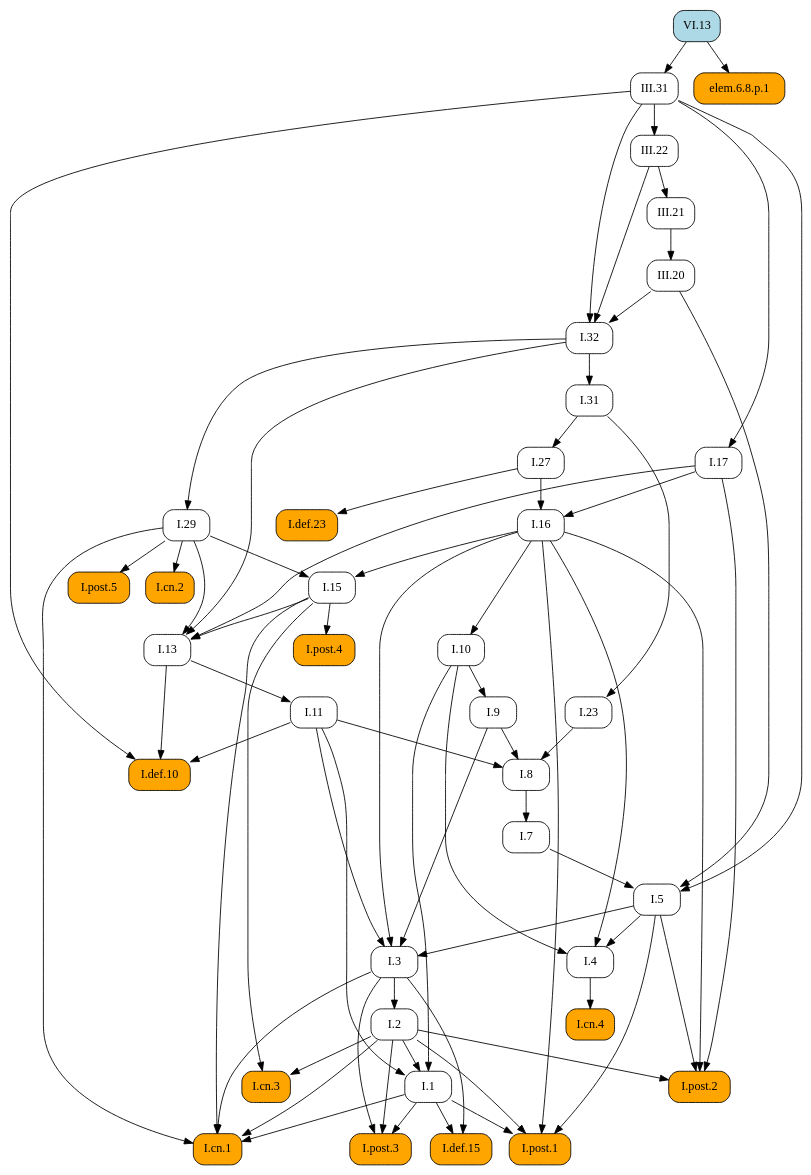
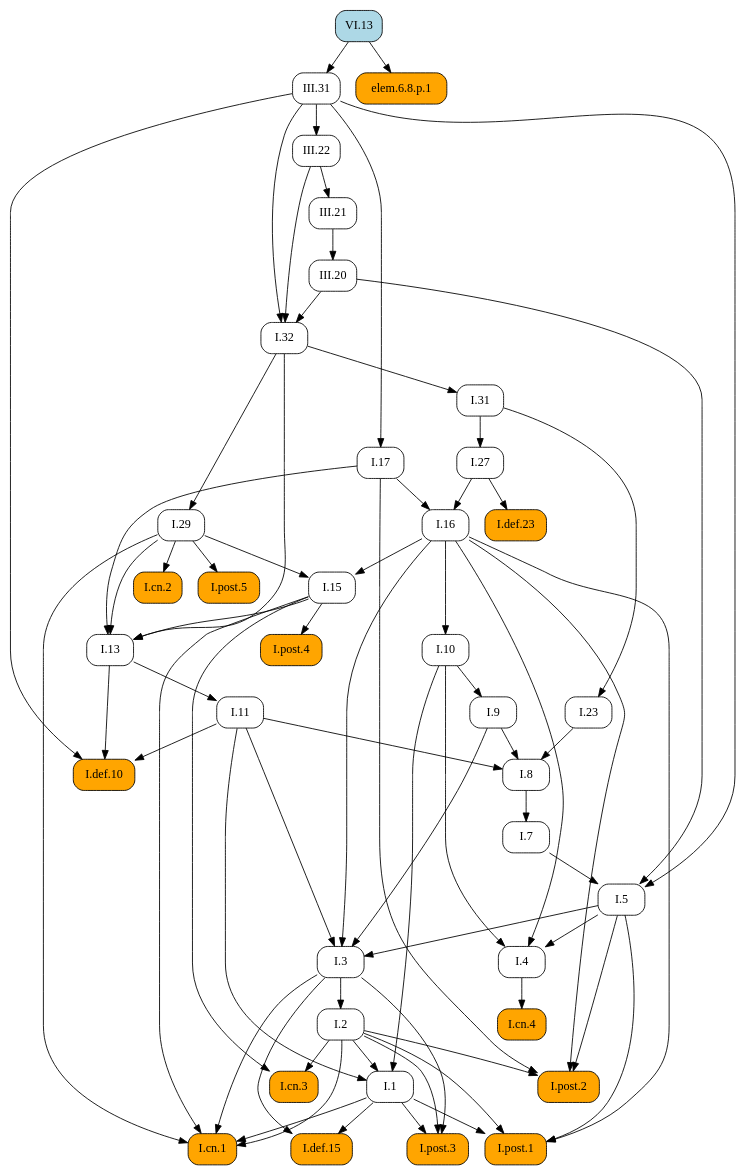
The diagram in docsrc/elements2/VI/13/index.rst (geometor/elements), drawn with Graphviz before and after one commit. The commit also changed other lines of this file and 409 other files, not shown here.

First line of the commit message:
feat: Add image cropping and graphic extraction script

```diff
--- a/docsrc/elements2/VI/13/index.rst
+++ b/docsrc/elements2/VI/13/index.rst
@@ -38,111 +38,111 @@
    digraph {
      rankdir="TB";
      node [shape=box, style=rounded];
+     "I.31" [URL="/elements2/I/31/", target="_top"];
      "I.8" [URL="/elements2/I/8/", target="_top"];
+     "I.5" [URL="/elements2/I/5/", target="_top"];
+     "I.15" [URL="/elements2/I/15/", target="_top"];
+     "I.17" [URL="/elements2/I/17/", target="_top"];
+     "I.cn.1" [style="rounded,filled", fillcolor=orange, URL="/elements2/I/cn.1/", target="_top"];
      "I.32" [URL="/elements2/I/32/", target="_top"];
-     "I.post.1" [style="rounded,filled", fillcolor=orange, URL="/elements2/I/post.1/", target="_top"];
+     "elem.6.8.p.1" [style="rounded,filled", fillcolor=orange];
+     "I.7" [URL="/elements2/I/7/", target="_top"];
+     "I.23" [URL="/elements2/I/23/", target="_top"];
+     "I.16" [URL="/elements2/I/16/", target="_top"];
      "VI.13" [style="rounded,filled", fillcolor=lightblue, URL="/elements2/VI/13/", target="_top"];
-     "I.5" [URL="/elements2/I/5/", target="_top"];
-     "I.post.5" [style="rounded,filled", fillcolor=orange, URL="/elements2/I/post.5/", target="_top"];
-     "I.def.10" [style="rounded,filled", fillcolor=orange, URL="/elements2/I/def.10/", target="_top"];
-     "I.cn.2" [style="rounded,filled", fillcolor=orange, URL="/elements2/I/cn.2/", target="_top"];
-     "III.22" [URL="/elements2/III/22/", target="_top"];
+     "III.20" [URL="/elements2/III/20/", target="_top"];
      "I.def.15" [style="rounded,filled", fillcolor=orange, URL="/elements2/I/def.15/", target="_top"];
      "III.31" [URL="/elements2/III/31/", target="_top"];
-     "I.31" [URL="/elements2/I/31/", target="_top"];
+     "I.def.10" [style="rounded,filled", fillcolor=orange, URL="/elements2/I/def.10/", target="_top"];
      "I.11" [URL="/elements2/I/11/", target="_top"];
-     "I.post.2" [style="rounded,filled", fillcolor=orange, URL="/elements2/I/post.2/", target="_top"];
+     "I.post.4" [style="rounded,filled", fillcolor=orange, URL="/elements2/I/post.4/", target="_top"];
+     "I.def.23" [style="rounded,filled", fillcolor=orange, URL="/elements2/I/def.23/", target="_top"];
+     "I.post.5" [style="rounded,filled", fillcolor=orange, URL="/elements2/I/post.5/", target="_top"];
      "I.3" [URL="/elements2/I/3/", target="_top"];
-     "I.def.23" [style="rounded,filled", fillcolor=orange, URL="/elements2/I/def.23/", target="_top"];
-     "elem.6.8.p.1" [style="rounded,filled", fillcolor=orange];
-     "I.1" [URL="/elements2/I/1/", target="_top"];
-     "I.cn.4" [style="rounded,filled", fillcolor=orange, URL="/elements2/I/cn.4/", target="_top"];
+     "III.22" [URL="/elements2/III/22/", target="_top"];
+     "I.10" [URL="/elements2/I/10/", target="_top"];
+     "III.21" [URL="/elements2/III/21/", target="_top"];
      "I.cn.3" [style="rounded,filled", fillcolor=orange, URL="/elements2/I/cn.3/", target="_top"];
-     "III.21" [URL="/elements2/III/21/", target="_top"];
-     "III.20" [URL="/elements2/III/20/", target="_top"];
-     "I.17" [URL="/elements2/I/17/", target="_top"];
-     "I.7" [URL="/elements2/I/7/", target="_top"];
+     "I.13" [URL="/elements2/I/13/", target="_top"];
+     "I.4" [URL="/elements2/I/4/", target="_top"];
+     "I.post.3" [style="rounded,filled", fillcolor=orange, URL="/elements2/I/post.3/", target="_top"];
      "I.9" [URL="/elements2/I/9/", target="_top"];
-     "I.cn.1" [style="rounded,filled", fillcolor=orange, URL="/elements2/I/cn.1/", target="_top"];
      "I.29" [URL="/elements2/I/29/", target="_top"];
-     "I.16" [URL="/elements2/I/16/", target="_top"];
-     "I.post.4" [style="rounded,filled", fillcolor=orange, URL="/elements2/I/post.4/", target="_top"];
-     "I.13" [URL="/elements2/I/13/", target="_top"];
+     "I.post.1" [style="rounded,filled", fillcolor=orange, URL="/elements2/I/post.1/", target="_top"];
      "I.2" [URL="/elements2/I/2/", target="_top"];
      "I.27" [URL="/elements2/I/27/", target="_top"];
-     "I.4" [URL="/elements2/I/4/", target="_top"];
-     "I.10" [URL="/elements2/I/10/", target="_top"];
-     "I.15" [URL="/elements2/I/15/", target="_top"];
-     "I.23" [URL="/elements2/I/23/", target="_top"];
-     "I.post.3" [style="rounded,filled", fillcolor=orange, URL="/elements2/I/post.3/", target="_top"];
+     "I.cn.4" [style="rounded,filled", fillcolor=orange, URL="/elements2/I/cn.4/", target="_top"];
+     "I.cn.2" [style="rounded,filled", fillcolor=orange, URL="/elements2/I/cn.2/", target="_top"];
+     "I.1" [URL="/elements2/I/1/", target="_top"];
+     "I.post.2" [style="rounded,filled", fillcolor=orange, URL="/elements2/I/post.2/", target="_top"];
+     "I.32" -> "I.31";
      "I.9" -> "I.8";
      "I.11" -> "I.8";
      "I.23" -> "I.8";
-     "III.20" -> "I.32";
-     "III.22" -> "I.32";
-     "III.31" -> "I.32";
-     "I.1" -> "I.post.1";
-     "I.2" -> "I.post.1";
-     "I.5" -> "I.post.1";
-     "I.16" -> "I.post.1";
      "I.7" -> "I.5";
      "III.20" -> "I.5";
      "III.31" -> "I.5";
-     "I.29" -> "I.post.5";
-     "I.11" -> "I.def.10";
-     "I.13" -> "I.def.10";
-     "III.31" -> "I.def.10";
-     "I.29" -> "I.cn.2";
-     "III.31" -> "III.22";
-     "I.1" -> "I.def.15";
-     "I.3" -> "I.def.15";
-     "VI.13" -> "III.31";
-     "I.32" -> "I.31";
-     "I.13" -> "I.11";
-     "I.2" -> "I.post.2";
-     "I.5" -> "I.post.2";
-     "I.16" -> "I.post.2";
-     "I.17" -> "I.post.2";
-     "I.5" -> "I.3";
-     "I.9" -> "I.3";
-     "I.11" -> "I.3";
-     "I.16" -> "I.3";
-     "I.27" -> "I.def.23";
-     "VI.13" -> "elem.6.8.p.1";
-     "I.2" -> "I.1";
-     "I.10" -> "I.1";
-     "I.11" -> "I.1";
-     "I.4" -> "I.cn.4";
-     "I.2" -> "I.cn.3";
-     "I.15" -> "I.cn.3";
-     "III.22" -> "III.21";
-     "III.21" -> "III.20";
+     "I.16" -> "I.15";
+     "I.29" -> "I.15";
      "III.31" -> "I.17";
-     "I.8" -> "I.7";
-     "I.10" -> "I.9";
      "I.1" -> "I.cn.1";
      "I.2" -> "I.cn.1";
      "I.3" -> "I.cn.1";
      "I.15" -> "I.cn.1";
      "I.29" -> "I.cn.1";
-     "I.32" -> "I.29";
+     "III.20" -> "I.32";
+     "III.22" -> "I.32";
+     "III.31" -> "I.32";
+     "VI.13" -> "elem.6.8.p.1";
+     "I.8" -> "I.7";
+     "I.31" -> "I.23";
      "I.17" -> "I.16";
      "I.27" -> "I.16";
+     "III.21" -> "III.20";
+     "I.1" -> "I.def.15";
+     "I.3" -> "I.def.15";
+     "VI.13" -> "III.31";
+     "I.11" -> "I.def.10";
+     "I.13" -> "I.def.10";
+     "III.31" -> "I.def.10";
+     "I.13" -> "I.11";
      "I.15" -> "I.post.4";
+     "I.27" -> "I.def.23";
+     "I.29" -> "I.post.5";
+     "I.5" -> "I.3";
+     "I.9" -> "I.3";
+     "I.11" -> "I.3";
+     "I.16" -> "I.3";
+     "III.31" -> "III.22";
+     "I.16" -> "I.10";
+     "III.22" -> "III.21";
+     "I.2" -> "I.cn.3";
+     "I.15" -> "I.cn.3";
      "I.15" -> "I.13";
      "I.17" -> "I.13";
      "I.29" -> "I.13";
      "I.32" -> "I.13";
-     "I.3" -> "I.2";
-     "I.31" -> "I.27";
      "I.5" -> "I.4";
      "I.10" -> "I.4";
      "I.16" -> "I.4";
-     "I.16" -> "I.10";
-     "I.16" -> "I.15";
-     "I.29" -> "I.15";
-     "I.31" -> "I.23";
      "I.1" -> "I.post.3";
      "I.2" -> "I.post.3";
      "I.3" -> "I.post.3";
+     "I.10" -> "I.9";
+     "I.32" -> "I.29";
+     "I.1" -> "I.post.1";
+     "I.2" -> "I.post.1";
+     "I.5" -> "I.post.1";
+     "I.16" -> "I.post.1";
+     "I.3" -> "I.2";
+     "I.31" -> "I.27";
+     "I.4" -> "I.cn.4";
+     "I.29" -> "I.cn.2";
+     "I.2" -> "I.1";
+     "I.10" -> "I.1";
+     "I.11" -> "I.1";
+     "I.2" -> "I.post.2";
+     "I.5" -> "I.post.2";
+     "I.16" -> "I.post.2";
+     "I.17" -> "I.post.2";
    }
```
